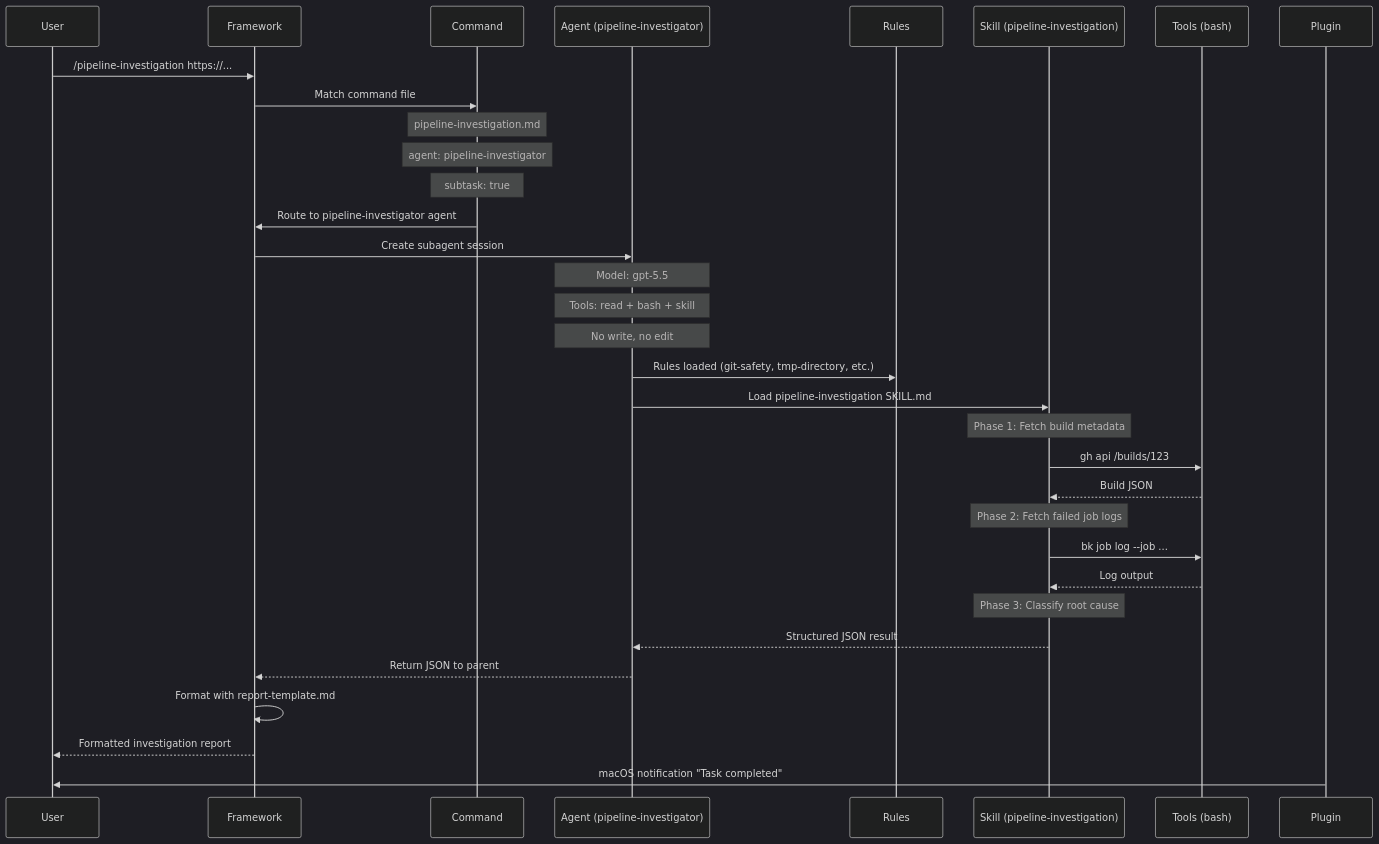
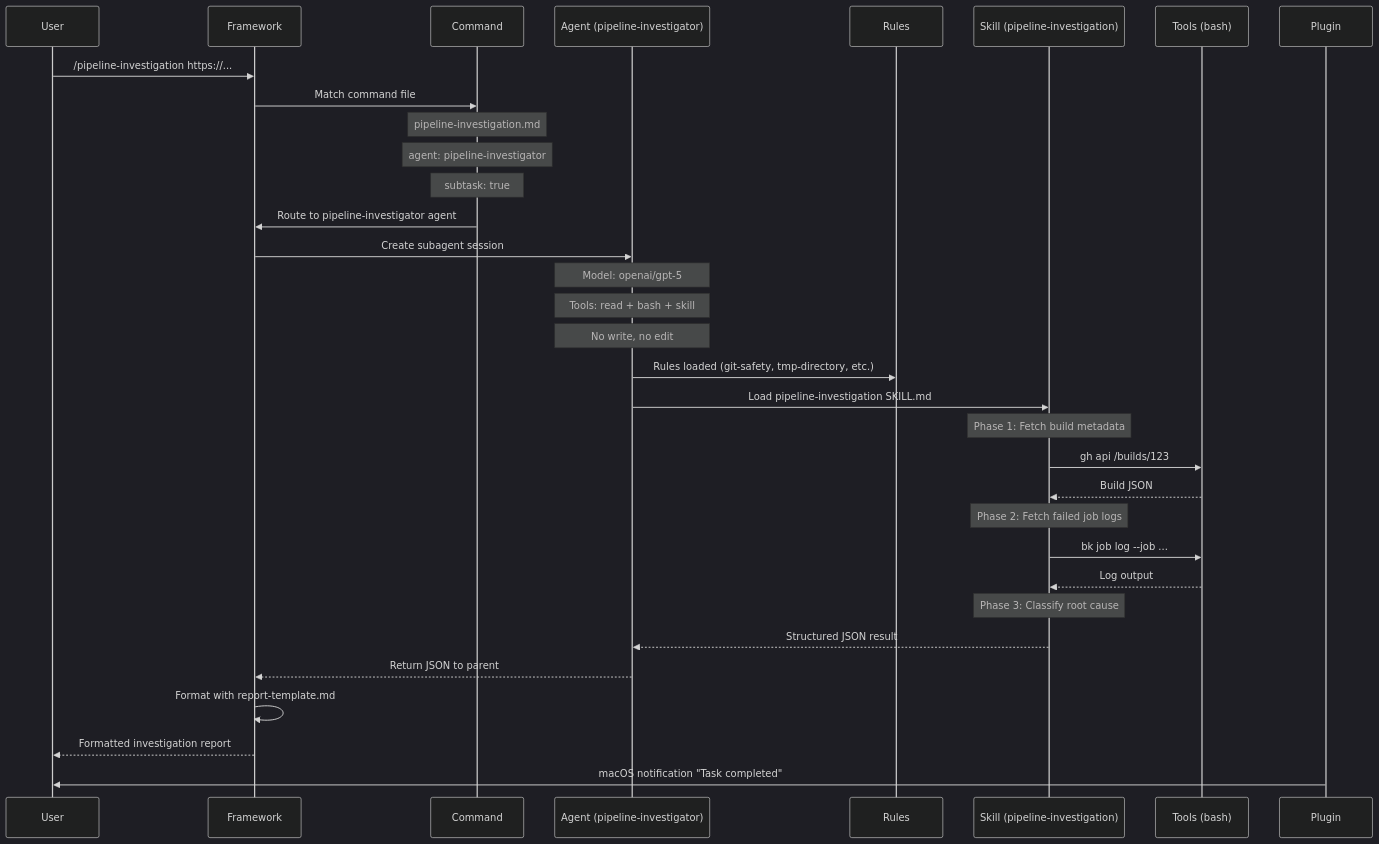
One commit to sean8601/mockserver-monorepo changed the fifth of 5 diagrams in docs/operations/opencode-building-blocks.md. Above: the diagram before and after it, drawn with Mermaid (dark theme). The commit also changed other lines of this file and 3 other files, not shown here.

````diff
--- a/docs/operations/opencode-building-blocks.md
+++ b/docs/operations/opencode-building-blocks.md
@@ -652,45 +651,45 @@
 ```mermaid
 sequenceDiagram
     participant U as User
     participant FW as Framework
     participant CMD as Command
     participant A as Agent (pipeline-investigator)
     participant R as Rules
     participant S as Skill (pipeline-investigation)
     participant T as Tools (bash)
     participant P as Plugin
 
     U->>FW: /pipeline-investigation https://...
     FW->>CMD: Match command file
 
     Note over CMD: pipeline-investigation.md
     Note over CMD: agent: pipeline-investigator
     Note over CMD: subtask: true
 
     CMD->>FW: Route to pipeline-investigator agent
     FW->>A: Create subagent session
 
-    Note over A: Model: gpt-5.5
+    Note over A: Model: openai/gpt-5
     Note over A: Tools: read + bash + skill
     Note over A: No write, no edit
 
     A->>R: Rules loaded (git-safety, tmp-directory, etc.)
     A->>S: Load pipeline-investigation SKILL.md
 
     Note over S: Phase 1: Fetch build metadata
     S->>T: gh api /builds/123
     T-->>S: Build JSON
 
     Note over S: Phase 2: Fetch failed job logs
     S->>T: bk job log --job ...
     T-->>S: Log output
 
     Note over S: Phase 3: Classify root cause
     S-->>A: Structured JSON result
 
     A-->>FW: Return JSON to parent
     FW->>FW: Format with report-template.md
     FW-->>U: Formatted investigation report
 
     P->>U: macOS notification "Task completed"
 ```
````
